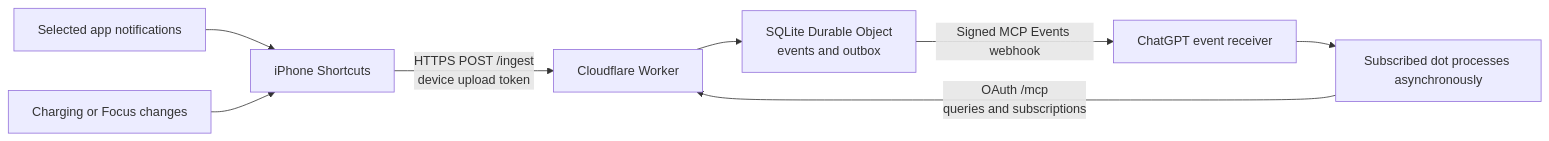
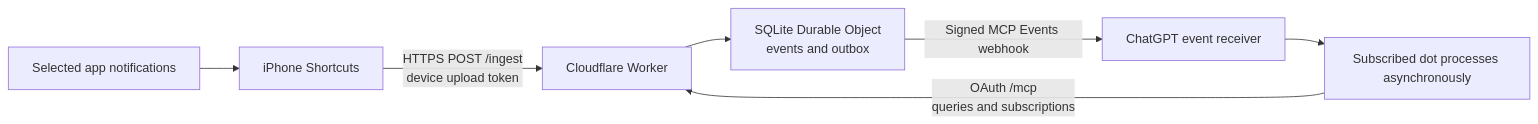
Before and after one commit to zzaachaary/dotlink: the diagram in docs/architecture.md, drawn with Mermaid. The commit also changed other lines of this file and 26 other files, not shown here.

````diff
--- a/docs/architecture.md
+++ b/docs/architecture.md
@@ -11,10 +13,9 @@
 ```mermaid
 flowchart LR
   A[Selected app notifications] --> S[iPhone Shortcuts]
-  B[Charging or Focus changes] --> S
   S -->|HTTPS POST /ingest<br/>device upload token| W[Cloudflare Worker]
   W --> D[SQLite Durable Object<br/>events and outbox]
   D -->|Signed MCP Events webhook| C[ChatGPT event receiver]
   C --> T[Subscribed dot processes asynchronously]
   T -->|OAuth /mcp<br/>queries and subscriptions| W
 ```
````
